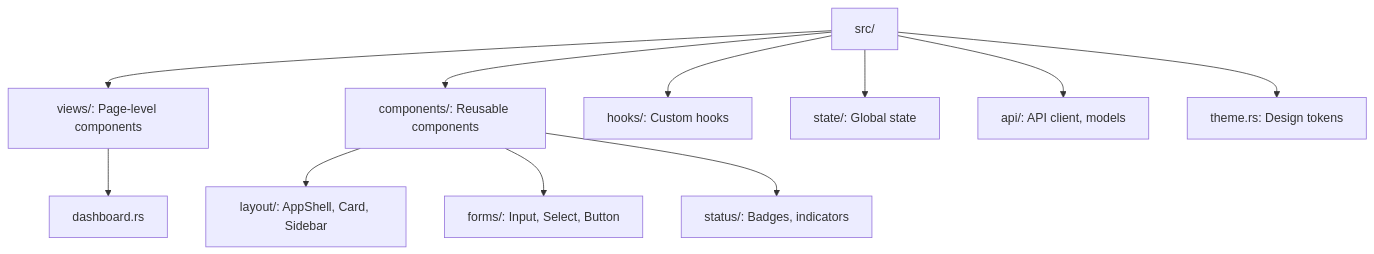
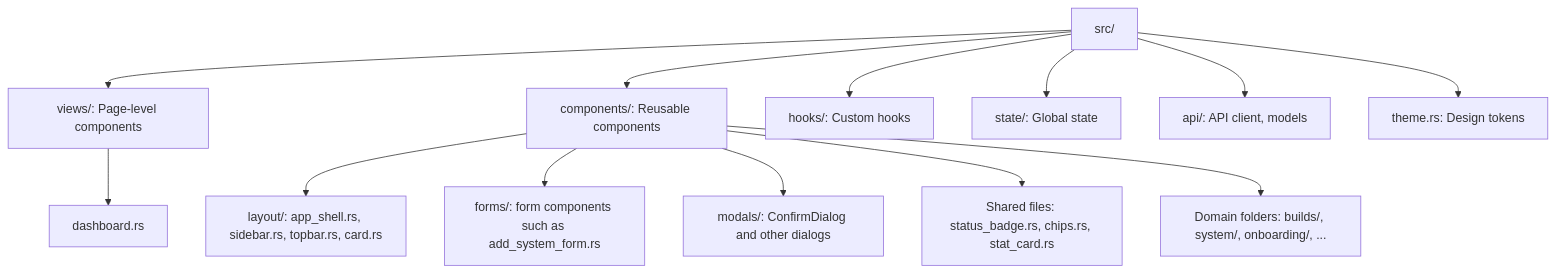
The diagram in docs/knowledge/ui/design-system-conventions-and-anti-patterns.md (usmcamp0811/crystal-forge), drawn with Mermaid before and after one commit. The commit also changed other lines of this file and 39 other files, not shown here.

````diff
--- a/docs/knowledge/ui/design-system-conventions-and-anti-patterns.md
+++ b/docs/knowledge/ui/design-system-conventions-and-anti-patterns.md
@@ -62,15 +61,17 @@
 ```mermaid
 %% diagram-id: ui-design-system-file-organization
 flowchart TB
   src[src/]
   src --> views[views/: Page-level components]
   views --> dashboard[dashboard.rs]
   src --> components[components/: Reusable components]
-  components --> layout[layout/: AppShell, Card, Sidebar]
-  components --> forms[forms/: Input, Select, Button]
-  components --> status[status/: Badges, indicators]
+  components --> layout[layout/: app_shell.rs, sidebar.rs, topbar.rs, card.rs]
+  components --> forms[forms/: form components such as add_system_form.rs]
+  components --> modals[modals/: ConfirmDialog and other dialogs]
+  components --> shared[Shared files: status_badge.rs, chips.rs, stat_card.rs]
+  components --> domain[Domain folders: builds/, system/, onboarding/, ...]
   src --> hooks[hooks/: Custom hooks]
   src --> state[state/: Global state]
   src --> api[api/: API client, models]
   src --> theme[theme.rs: Design tokens]
 ```
````
